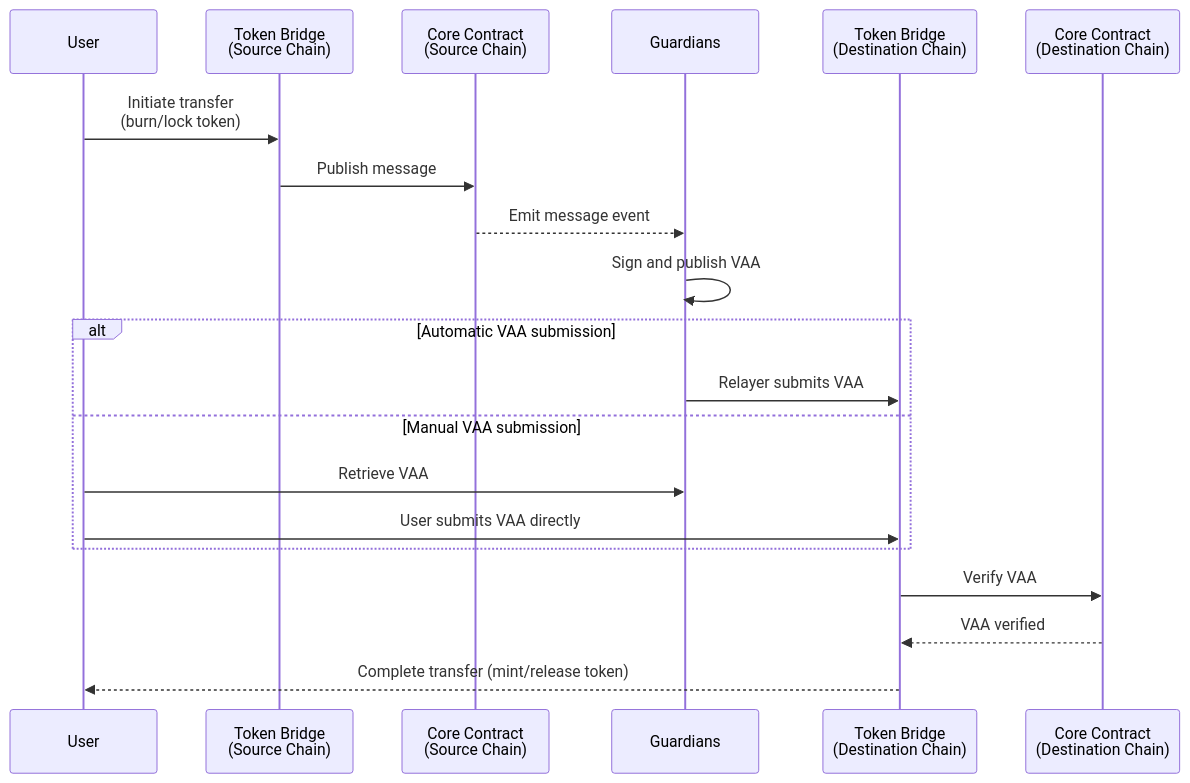
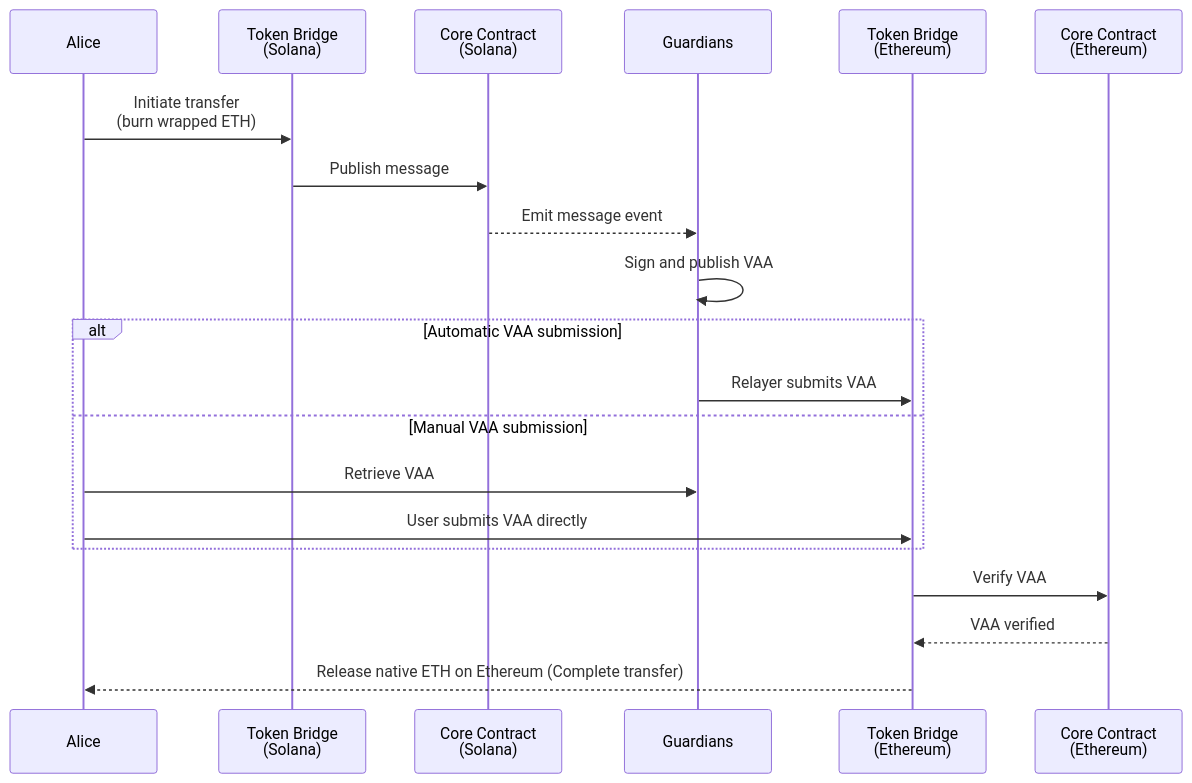
One commit to wormhole-foundation/wormhole-docs changed the second of 4 diagrams in products/token-bridge/concepts/transfer-flow.md. Above: the diagram before and after it, drawn with Mermaid. The commit also changed other lines of this file, not shown here.

Commit message:
update example and wording of native assets

````diff
--- a/products/token-bridge/concepts/transfer-flow.md
+++ b/products/token-bridge/concepts/transfer-flow.md
@@ -45,25 +75,25 @@
 ```mermaid
 sequenceDiagram
-    participant User
-    participant TokenBridgeSrc as Token Bridge <br> (Source Chain)
-    participant CoreSrc as Core Contract <br> (Source Chain)
+    participant User as Alice
+    participant TokenBridgeSrc as Token Bridge <br> (Solana)
+    participant CoreSrc as Core Contract <br> (Solana)
     participant Guardians
-    participant TokenBridgeDst as Token Bridge <br> (Destination Chain)
-    participant CoreDst as Core Contract <br> (Destination Chain)
+    participant TokenBridgeDst as Token Bridge <br> (Ethereum)
+    participant CoreDst as Core Contract <br> (Ethereum)
 
-    User->>TokenBridgeSrc: Initiate transfer <br> (burn/lock token)
+    User->>TokenBridgeSrc: Initiate transfer <br> (burn wrapped ETH)
     TokenBridgeSrc->>CoreSrc: Publish message
     CoreSrc-->>Guardians: Emit message event
     Guardians->>Guardians: Sign and publish VAA
 
     alt Automatic VAA submission
         Guardians->>TokenBridgeDst: Relayer submits VAA
     else Manual VAA submission
         User->>Guardians: Retrieve VAA
         User->>TokenBridgeDst: User submits VAA directly
     end
 
     TokenBridgeDst->>CoreDst: Verify VAA
     CoreDst-->>TokenBridgeDst: VAA verified
-    TokenBridgeDst-->>User: Complete transfer (mint/release token)
+    TokenBridgeDst-->>User: Release native ETH on Ethereum (Complete transfer)
 ```
````
